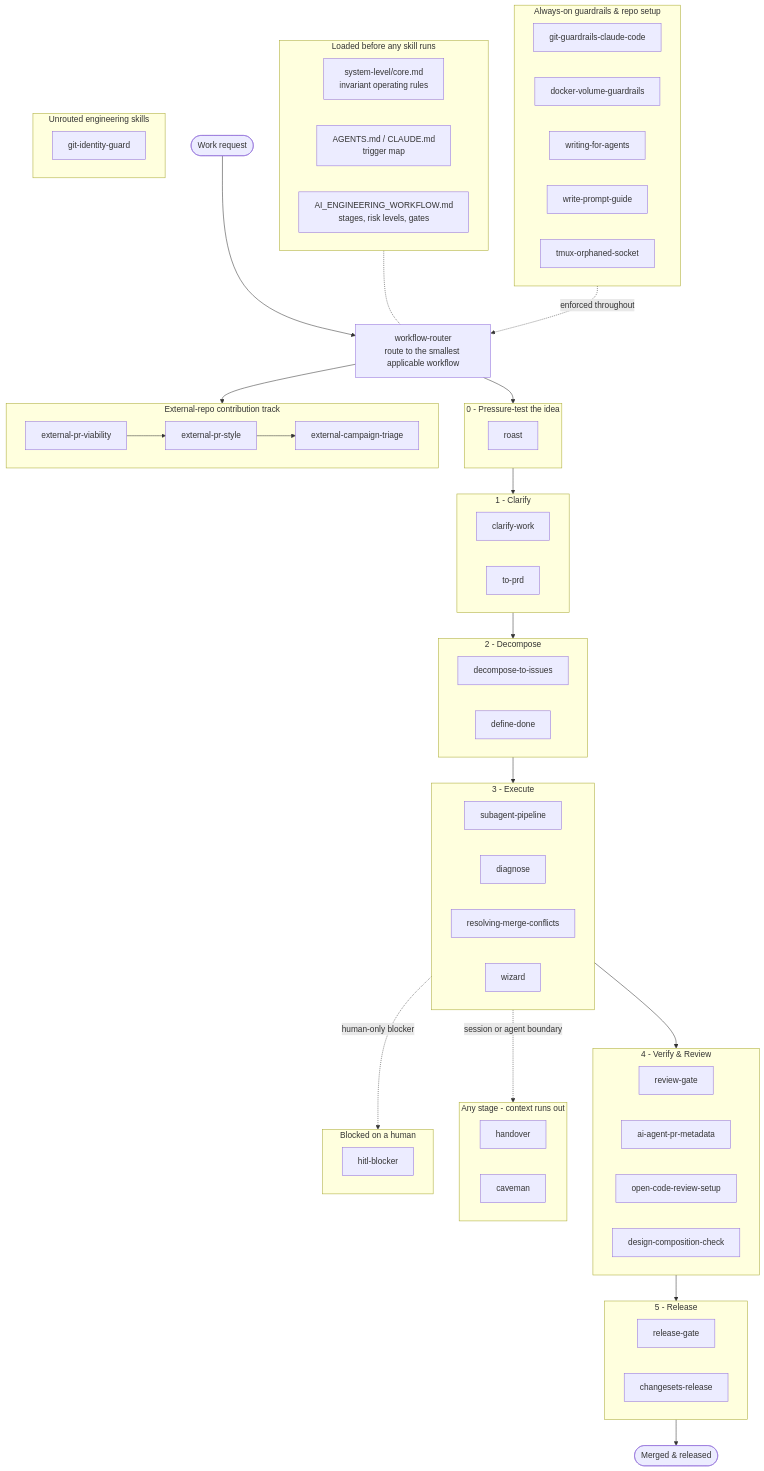
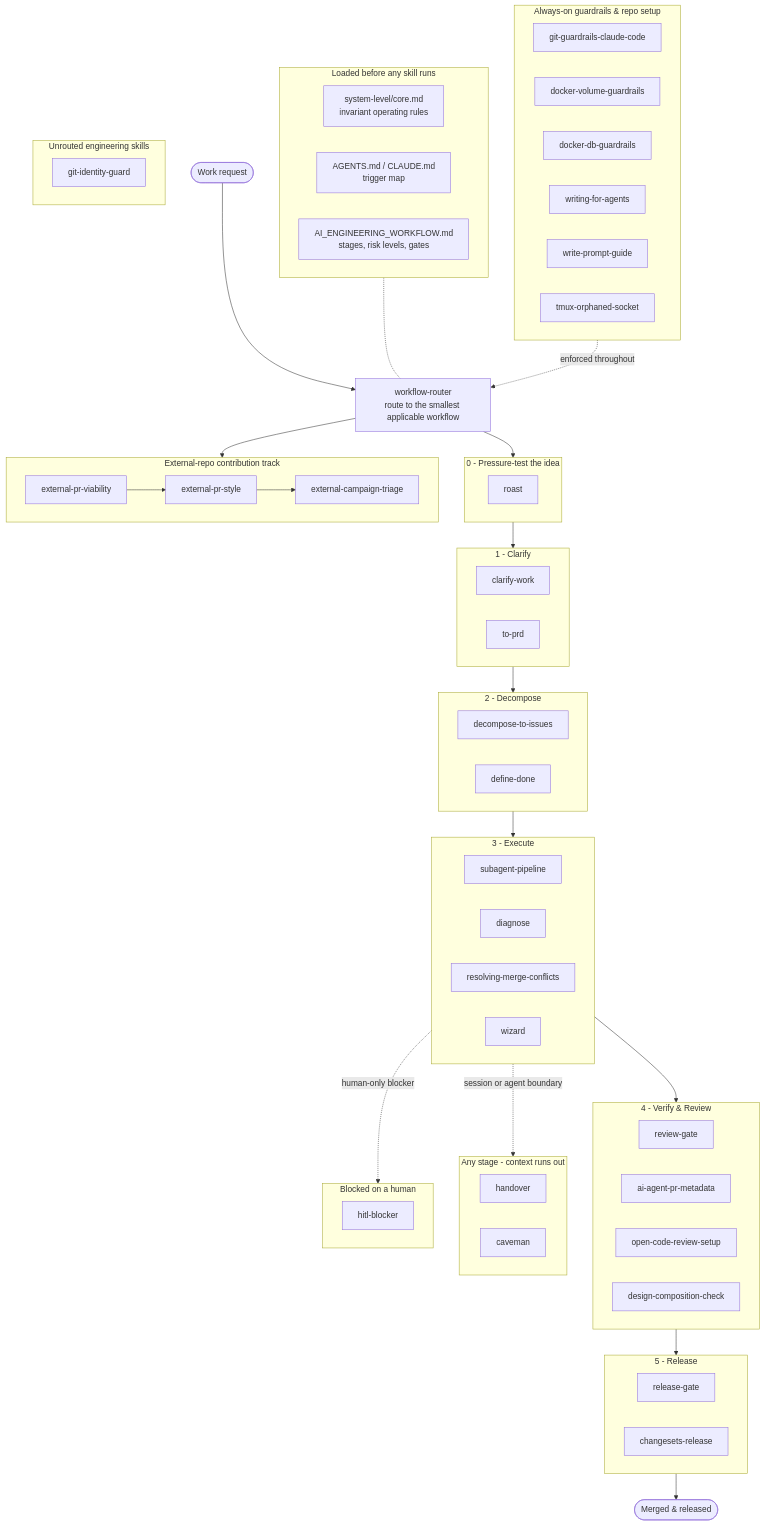
Before and after one commit to wakqasahmed/ai-engineering-workflow-skills: the diagram in README.md, drawn with Mermaid. The commit also changed other lines of this file and 10 other files, not shown here.

First line of the commit message:
docker-db-guardrails: block schema-wipe commands against unverified container DBs (#200)

```diff
--- a/README.md
+++ b/README.md
@@ -79,6 +79,7 @@
         direction LR
         s_git_guardrails_claude_code["git-guardrails-claude-code"]
         s_docker_volume_guardrails["docker-volume-guardrails"]
+        s_docker_db_guardrails["docker-db-guardrails"]
         s_writing_for_agents["writing-for-agents"]
         s_write_prompt_guide["write-prompt-guide"]
         s_tmux_orphaned_socket["tmux-orphaned-socket"]
```
